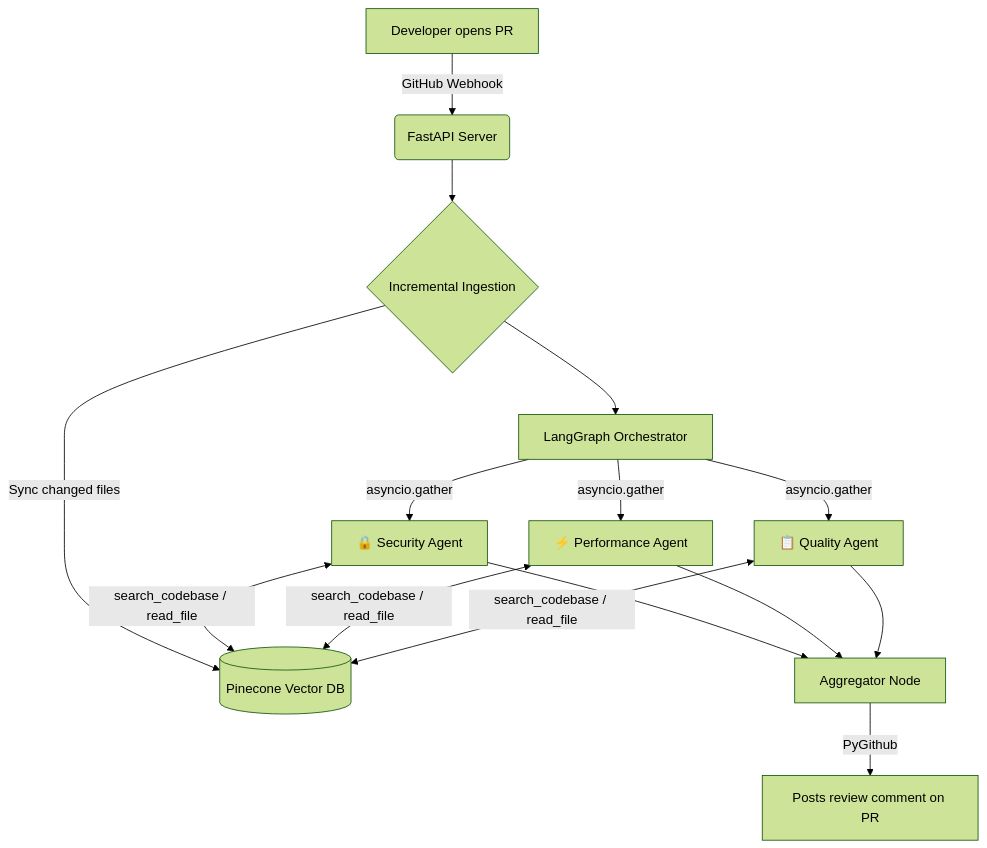
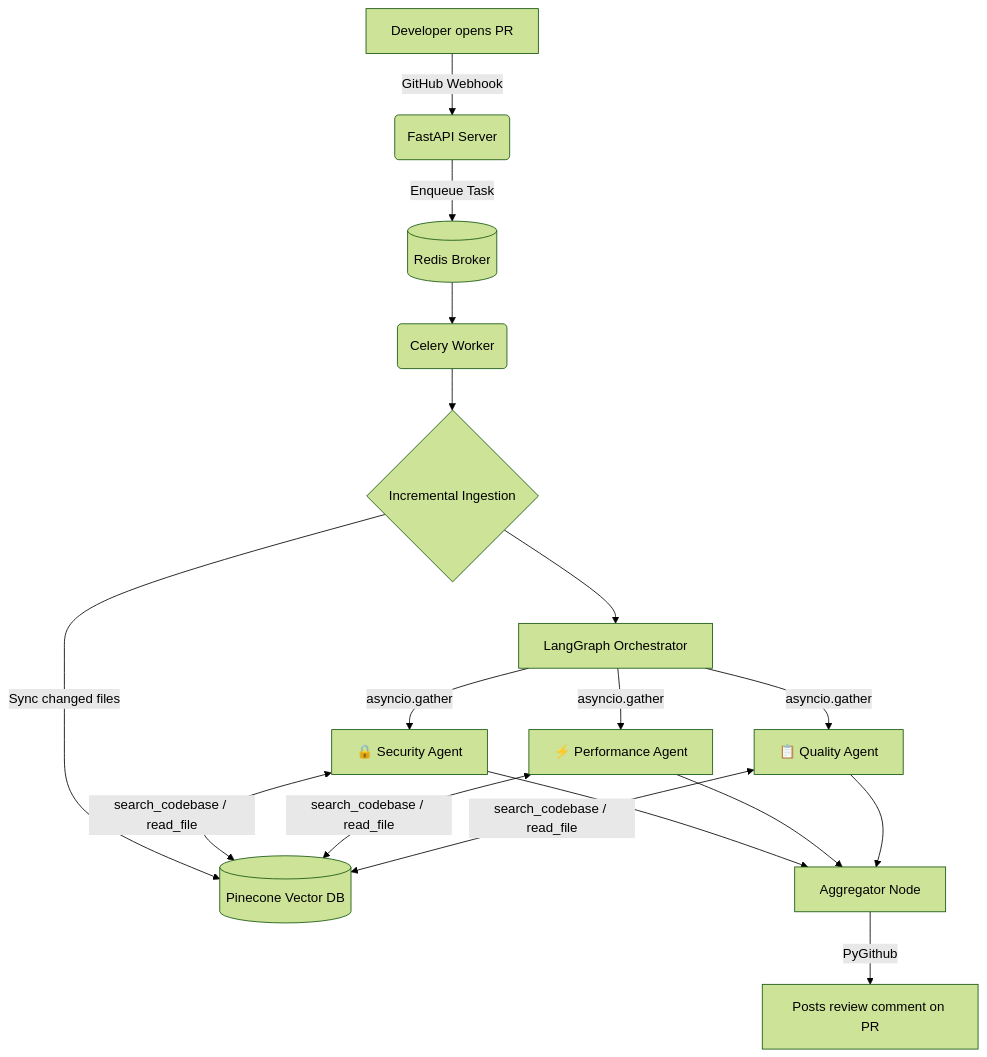
The diagram in README.md (harshh06/automated-pr-reviewer), drawn with Mermaid (forest theme) before and after one commit. The commit also changed other lines of this file, not shown here.

````diff
--- a/README.md
+++ b/README.md
@@ -19,21 +20,23 @@
 ```mermaid
 graph TD
     A[Developer opens PR] -->|GitHub Webhook| B(FastAPI Server)
-    B --> C{Incremental Ingestion}
-    C -->|Sync changed files| D[(Pinecone Vector DB)]
-    C --> E[LangGraph Orchestrator]
+    B -->|Enqueue Task| Redis[(Redis Broker)]
+    Redis --> C(Celery Worker)
+    C --> D{Incremental Ingestion}
+    D -->|Sync changed files| E[(Pinecone Vector DB)]
+    D --> F[LangGraph Orchestrator]
 
-    E -->|asyncio.gather| F[🔒 Security Agent]
-    E -->|asyncio.gather| G[⚡ Performance Agent]
-    E -->|asyncio.gather| H[📋 Quality Agent]
+    F -->|asyncio.gather| G[🔒 Security Agent]
+    F -->|asyncio.gather| H[⚡ Performance Agent]
+    F -->|asyncio.gather| I[📋 Quality Agent]
 
-    F <-->|search_codebase / read_file| D
-    G <-->|search_codebase / read_file| D
-    H <-->|search_codebase / read_file| D
+    G <-->|search_codebase / read_file| E
+    H <-->|search_codebase / read_file| E
+    I <-->|search_codebase / read_file| E
 
-    F --> I[Aggregator Node]
-    G --> I
-    H --> I
+    G --> J[Aggregator Node]
+    H --> J
+    I --> J
 
-    I -->|PyGithub| J[Posts review comment on PR]
+    J -->|PyGithub| K[Posts review comment on PR]
 ```
````
